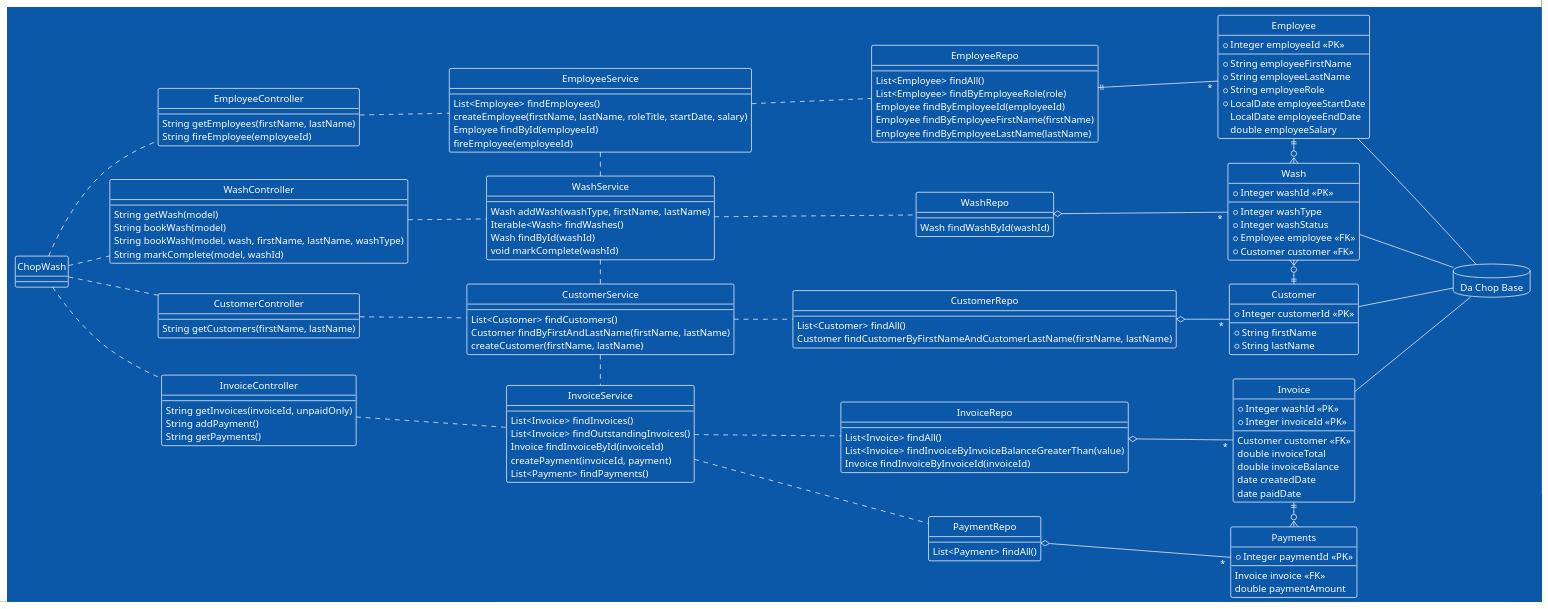
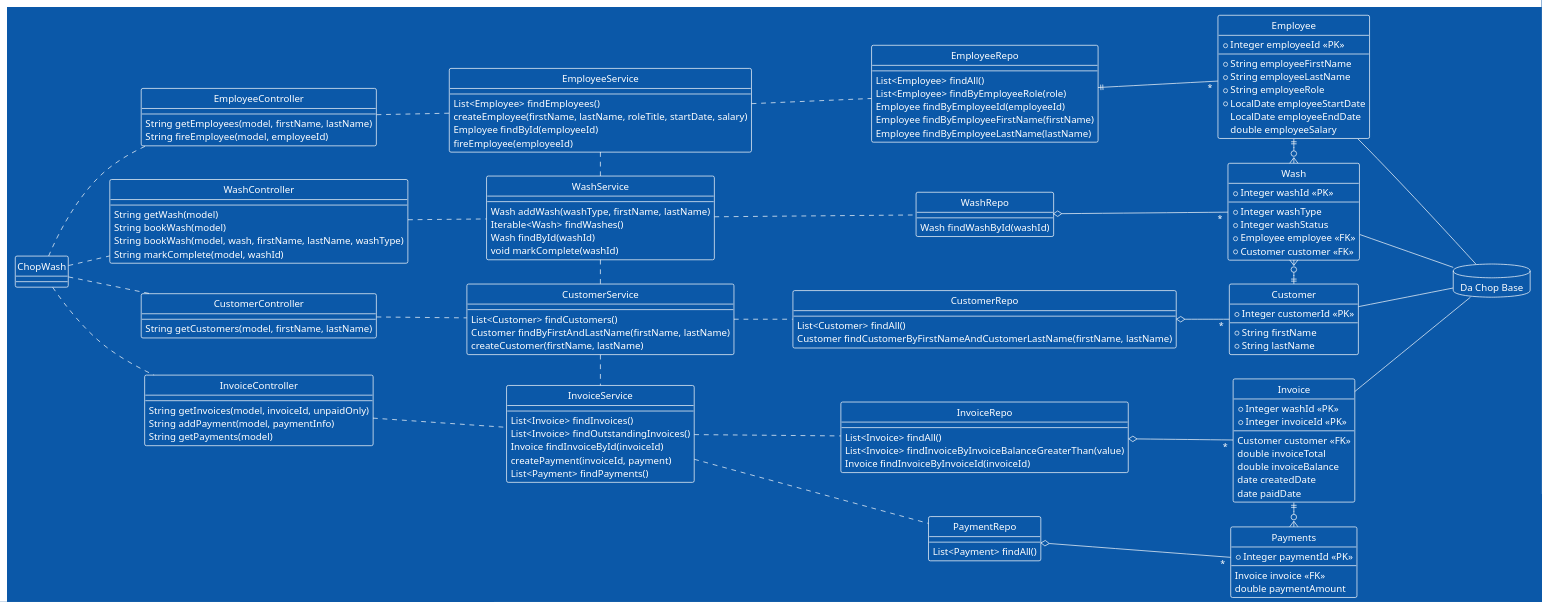
One commit to ehelferty/daCHOPwash-Car-Wash changed the diagram in docs/chopwashSCD.puml. Above: the diagram before and after it, drawn with PlantUML.

Commit message:
Minor SCD changes.

```diff
--- a/docs/chopwashSCD.puml
+++ b/docs/chopwashSCD.puml
@@ -1,161 +1,161 @@
 @startuml ChopWash-System-Class-Diagram
 
 left to right direction
 skinparam Style strictuml
 !theme amiga
 
 class ChopWash{}
 database "Da Chop Base"{
 }
 
 ' Controllers
 class EmployeeController{
-    String getEmployees(firstName, lastName)
-    String fireEmployee(employeeId)
+    String getEmployees(model, firstName, lastName)
+    String fireEmployee(model, employeeId)
 }
 class WashController{
     String getWash(model)
     String bookWash(model)
     String bookWash(model, wash, firstName, lastName, washType)   
     String markComplete(model, washId)
 }
 class CustomerController{
-    String getCustomers(firstName, lastName)
+    String getCustomers(model, firstName, lastName)
 }
 class InvoiceController{
-    String getInvoices(invoiceId, unpaidOnly)
-    String addPayment()
-    String getPayments()
+    String getInvoices(model, invoiceId, unpaidOnly)
+    String addPayment(model, paymentInfo)
+    String getPayments(model)
 }
 
 ' Services
 class EmployeeService{
     List<Employee> findEmployees()
     createEmployee(firstName, lastName, roleTitle, startDate, salary)
     Employee findById(employeeId)
     fireEmployee(employeeId)
 }
 class CustomerService{
     List<Customer> findCustomers()
     Customer findByFirstAndLastName(firstName, lastName)
     createCustomer(firstName, lastName)
 }
 class WashService{
     Wash addWash(washType, firstName, lastName)
     Iterable<Wash> findWashes()
     Wash findById(washId)
     void markComplete(washId)
 }
 class InvoiceService{
     List<Invoice> findInvoices()
     List<Invoice> findOutstandingInvoices()
     Invoice findInvoiceById(invoiceId)
     createPayment(invoiceId, payment)
     List<Payment> findPayments()
 }
 
 'Repos
 class EmployeeRepo{
     List<Employee> findAll()
     List<Employee> findByEmployeeRole(role)
     Employee findByEmployeeId(employeeId)
     Employee findByEmployeeFirstName(firstName)
     Employee findByEmployeeLastName(lastName)
 }
 class CustomerRepo{
     List<Customer> findAll()
     Customer findCustomerByFirstNameAndCustomerLastName(firstName, lastName)
 }
 class WashRepo{
     Wash findWashById(washId)
 }
 class InvoiceRepo{
     List<Invoice> findAll()
     List<Invoice> findInvoiceByInvoiceBalanceGreaterThan(value)
     Invoice findInvoiceByInvoiceId(invoiceId)
 }
 class PaymentRepo{
     List<Payment> findAll()
 }
 
 'Entities
 entity Customer{
     *Integer customerId <<PK>>
     --
     *String firstName
     *String lastName
 }
 entity Employee{
    *Integer employeeId <<PK>>
    --
     *String employeeFirstName
     *String employeeLastName 
     *String employeeRole
     *LocalDate employeeStartDate
     LocalDate employeeEndDate
     double employeeSalary
 }
 entity Invoice {
     *Integer washId <<PK>>
     *Integer invoiceId <<PK>>
     --
     Customer customer <<FK>>
     double invoiceTotal
     double invoiceBalance
     date createdDate
     date paidDate
 }
 entity Wash{
     *Integer washId <<PK>>
     --
     *Integer washType
     *Integer washStatus 
     *Employee employee <<FK>>
     *Customer customer <<FK>>
 }
 
 entity Payments{
     *Integer paymentId <<PK>>
     --
     Invoice invoice <<FK>>
     double paymentAmount
 }
 
 ' Relationships
 ChopWash .. EmployeeController
 ChopWash .. CustomerController
 ChopWash .. WashController
 ChopWash .. InvoiceController
 
 EmployeeController .. EmployeeService
 CustomerController .. CustomerService
 WashController .. WashService
 InvoiceController .. InvoiceService
 
 EmployeeService .. EmployeeRepo
 CustomerService .. CustomerRepo
 WashService .. WashRepo
 InvoiceService .. InvoiceRepo
 InvoiceService .. PaymentRepo
 
 EmployeeRepo ||--"*" Employee
 CustomerRepo o--"*" Customer
 InvoiceRepo o--"*" Invoice
 PaymentRepo o--"*" Payments
 WashRepo o--"*" Wash
 
 Invoice ||-o{ Payments
 
 Employee ||-o{ Wash
 Wash }o-|| Customer
 
 EmployeeService . WashService
 WashService . CustomerService
 CustomerService . InvoiceService
 
 Employee --- "Da Chop Base"
 Customer --- "Da Chop Base"
 Wash --- "Da Chop Base"
 Invoice --- "Da Chop Base"
 
 @enduml
```
